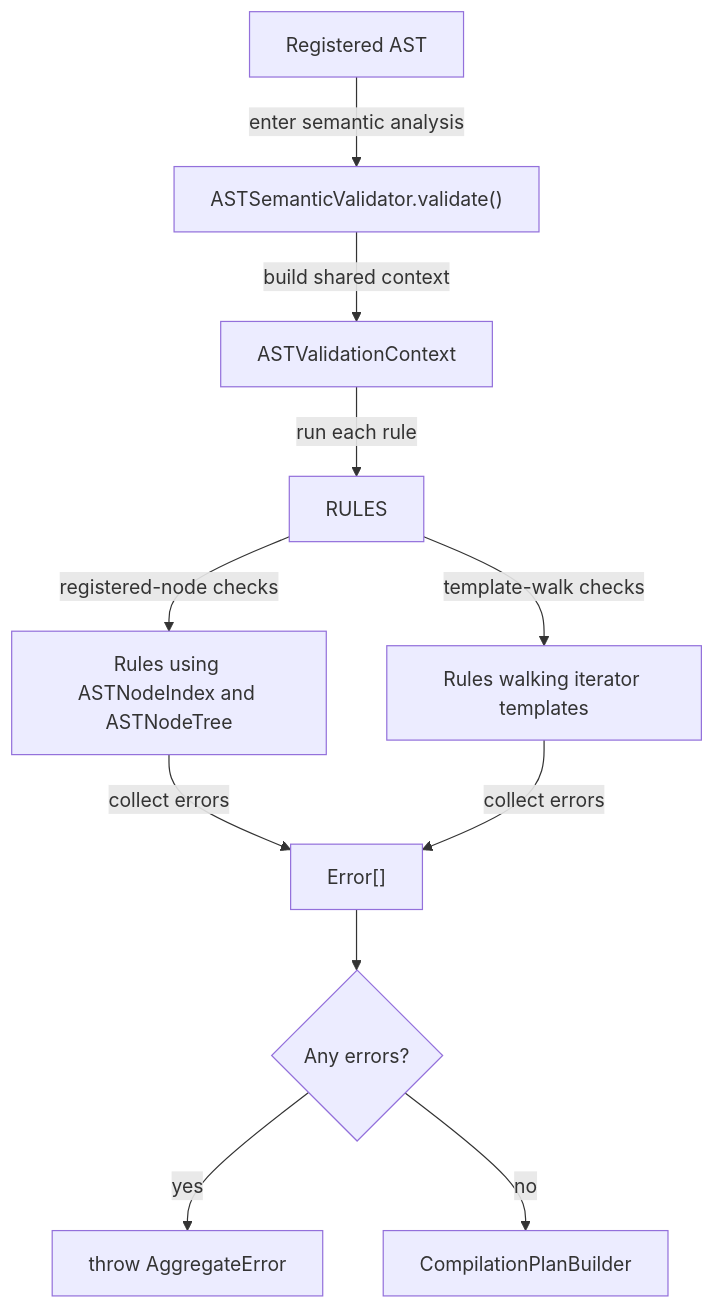
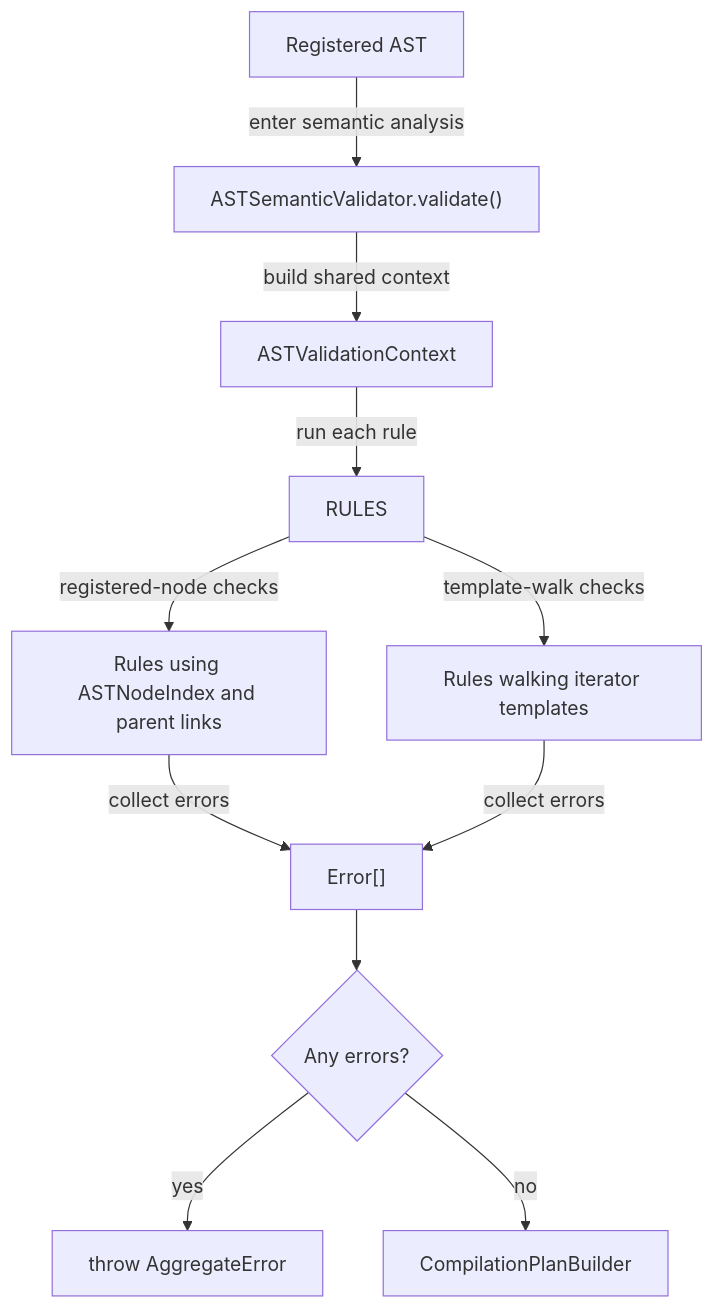
The diagram in packages/forge-core/src/engine/compilation/semantic-analysis/README.md (ministryofjustice/hmpps-forge), drawn with Mermaid before and after one commit. The commit also changed other lines of this file and 23 other files, not shown here.

````diff
--- a/packages/forge-core/src/engine/compilation/semantic-analysis/README.md
+++ b/packages/forge-core/src/engine/compilation/semantic-analysis/README.md
@@ -115,13 +116,13 @@
 ```mermaid
 flowchart TD
   rootAst["Registered AST"] -->|enter semantic analysis| semanticValidator["ASTSemanticValidator.validate()"]
   semanticValidator -->|build shared context| validationContext["ASTValidationContext"]
   validationContext -->|run each rule| rules["RULES"]
-  rules -->|registered-node checks| registeredRules["Rules using ASTNodeIndex and ASTNodeTree"]
+  rules -->|registered-node checks| registeredRules["Rules using ASTNodeIndex and parent links"]
   rules -->|template-walk checks| templateRules["Rules walking iterator templates"]
   registeredRules -->|collect errors| errors["Error[]"]
   templateRules -->|collect errors| errors
   errors --> hasErrors{"Any errors?"}
   hasErrors -->|yes| aggregateError["throw AggregateError"]
   hasErrors -->|no| dependencyAnalysis["CompilationPlanBuilder"]
 ```
````
